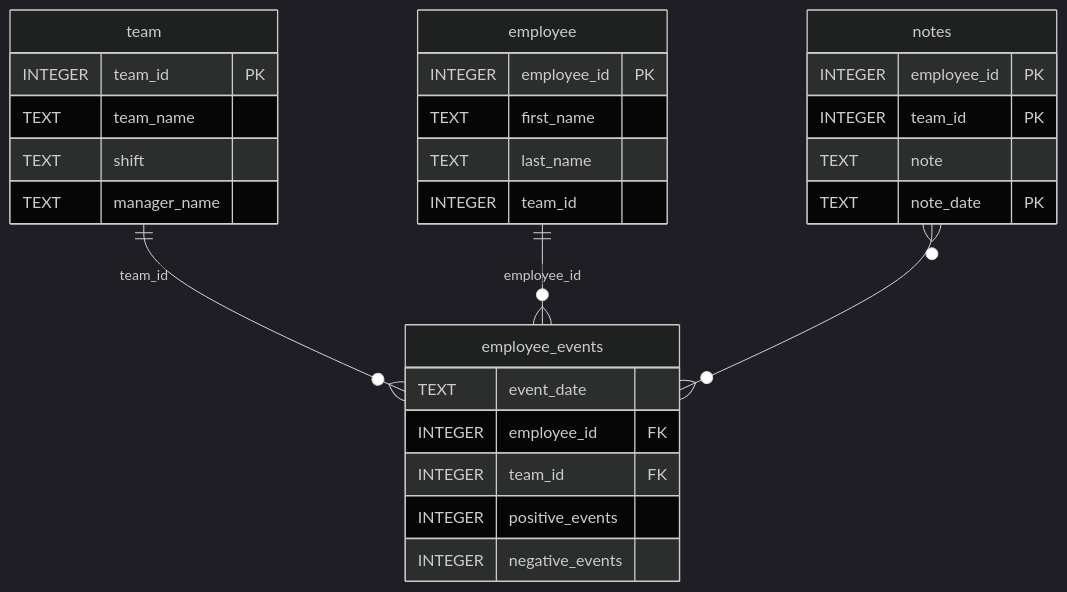
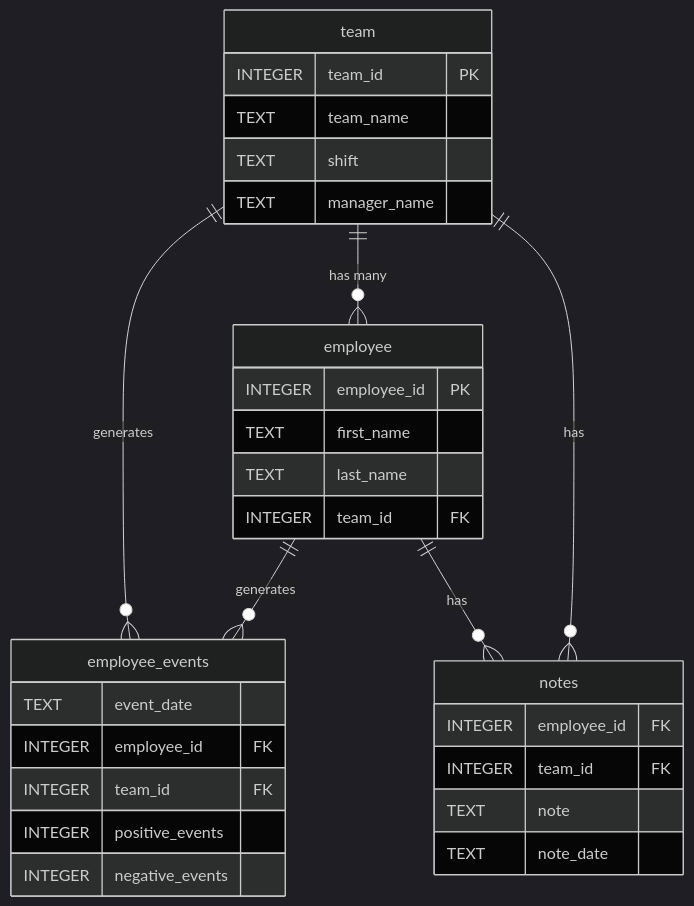
The diagram in employee-retention-dashboard/README.md (jiyoon28/mlops-portfolio), drawn with Mermaid (dark theme) before and after one commit. The commit also changed other lines of this file and 1 other file, not shown here.

Commit message:
Rewrite README with architecture diagrams and comprehensive project documentation

````diff
--- a/employee-retention-dashboard/README.md
+++ b/employee-retention-dashboard/README.md
@@ -64,37 +190,37 @@
 ```mermaid
 erDiagram
+    employee {
+        INTEGER employee_id PK
+        TEXT first_name
+        TEXT last_name
+        INTEGER team_id FK
+    }
 
-  employee {
-    INTEGER employee_id PK
-    TEXT first_name
-    TEXT last_name
-    INTEGER team_id
-    
-  }
+    team {
+        INTEGER team_id PK
+        TEXT team_name
+        TEXT shift
+        TEXT manager_name
+    }
 
-  employee_events {
-    TEXT event_date
-    INTEGER employee_id FK
-    INTEGER team_id FK
-    INTEGER positive_events
-    INTEGER negative_events
-  }
+    employee_events {
+        TEXT event_date
+        INTEGER employee_id FK
+        INTEGER team_id FK
+        INTEGER positive_events
+        INTEGER negative_events
+    }
 
-  notes {
-    INTEGER employee_id PK
-    INTEGER team_id PK
-    TEXT note
-    TEXT note_date PK
-  }
+    notes {
+        INTEGER employee_id FK
+        INTEGER team_id FK
+        TEXT note
+        TEXT note_date
+    }
 
-  team {
-    INTEGER team_id PK
-    TEXT team_name
-    TEXT shift
-    TEXT manager_name
-  }
-
-  team ||--o{ employee_events : "team_id"
-  employee ||--o{ employee_events : "employee_id"
-  notes }o--o{ employee_events : ""
+    team ||--o{ employee : "has many"
+    team ||--o{ employee_events : "generates"
+    employee ||--o{ employee_events : "generates"
+    employee ||--o{ notes : "has"
+    team ||--o{ notes : "has"
 ```
````
